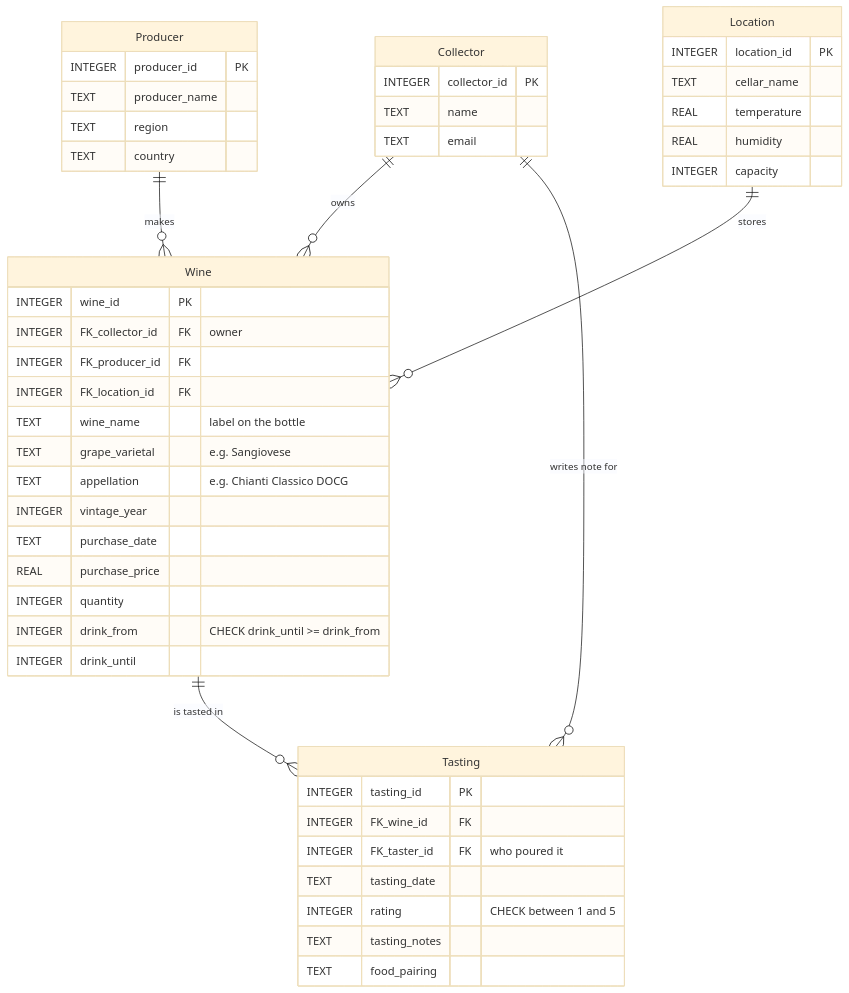
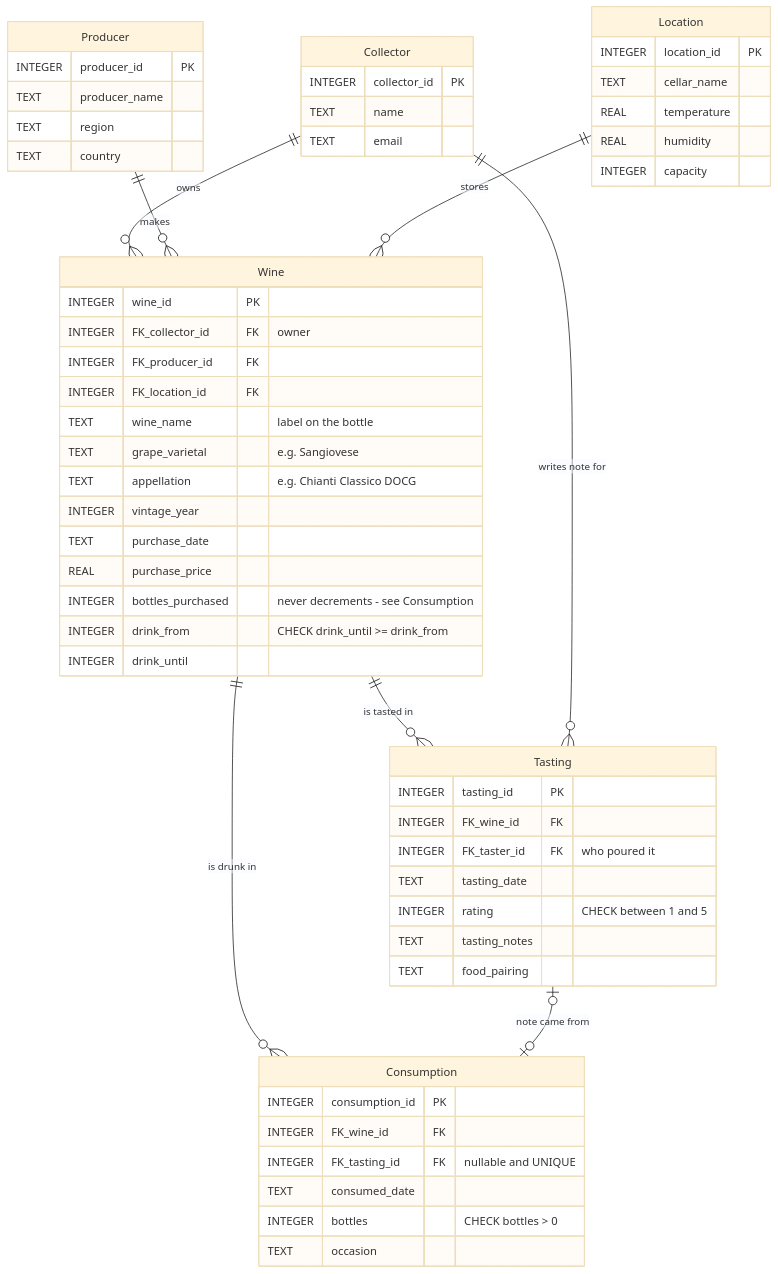
Before and after one commit to liciazheng/wine-cellar-management-system: the diagram in README.md, drawn with Mermaid (base theme). The commit also changed other lines of this file and 7 other files, not shown here.

````diff
--- a/README.md
+++ b/README.md
@@ -29,55 +30,66 @@
 ```mermaid
 erDiagram
-    Collector ||--o{ Wine    : owns
-    Producer  ||--o{ Wine    : makes
-    Location  ||--o{ Wine    : stores
-    Wine      ||--o{ Tasting : "is tasted in"
-    Collector ||--o{ Tasting : "writes note for"
+    Collector ||--o{ Wine        : owns
+    Producer  ||--o{ Wine        : makes
+    Location  ||--o{ Wine        : stores
+    Wine      ||--o{ Tasting     : "is tasted in"
+    Collector ||--o{ Tasting     : "writes note for"
+    Wine      ||--o{ Consumption : "is drunk in"
+    Tasting   |o--o| Consumption : "note came from"
 
     Collector {
         INTEGER collector_id PK
         TEXT    name
         TEXT    email
     }
 
     Producer {
         INTEGER producer_id   PK
         TEXT    producer_name
         TEXT    region
         TEXT    country
     }
 
     Location {
         INTEGER location_id PK
         TEXT    cellar_name
         REAL    temperature
         REAL    humidity
         INTEGER capacity
     }
 
     Wine {
         INTEGER wine_id         PK
         INTEGER FK_collector_id FK "owner"
         INTEGER FK_producer_id  FK
         INTEGER FK_location_id  FK
         TEXT    wine_name          "label on the bottle"
         TEXT    grape_varietal     "e.g. Sangiovese"
         TEXT    appellation        "e.g. Chianti Classico DOCG"
         INTEGER vintage_year
         TEXT    purchase_date
         REAL    purchase_price
-        INTEGER quantity
+        INTEGER bottles_purchased  "never decrements - see Consumption"
         INTEGER drink_from         "CHECK drink_until >= drink_from"
         INTEGER drink_until
     }
 
     Tasting {
         INTEGER tasting_id   PK
         INTEGER FK_wine_id   FK
         INTEGER FK_taster_id FK "who poured it"
         TEXT    tasting_date
         INTEGER rating          "CHECK between 1 and 5"
         TEXT    tasting_notes
         TEXT    food_pairing
     }
+
+    Consumption {
+        INTEGER consumption_id PK
+        INTEGER FK_wine_id     FK
+        INTEGER FK_tasting_id  FK "nullable and UNIQUE"
+        TEXT    consumed_date
+        INTEGER bottles           "CHECK bottles > 0"
+        TEXT    occasion
+    }
 ```
````
